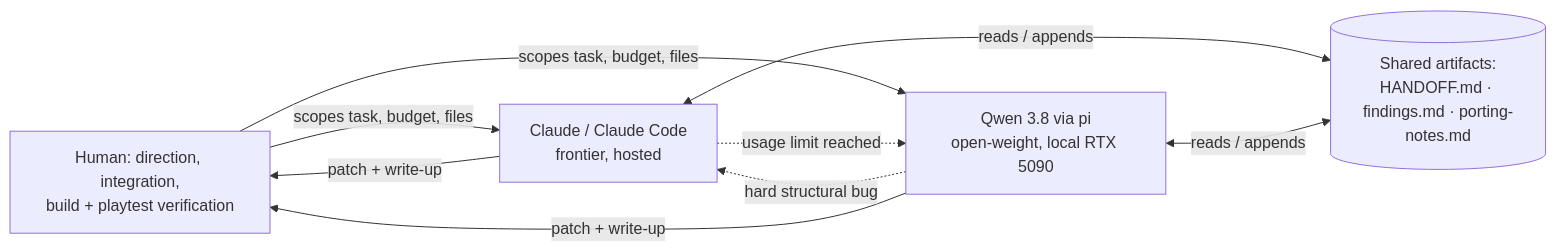
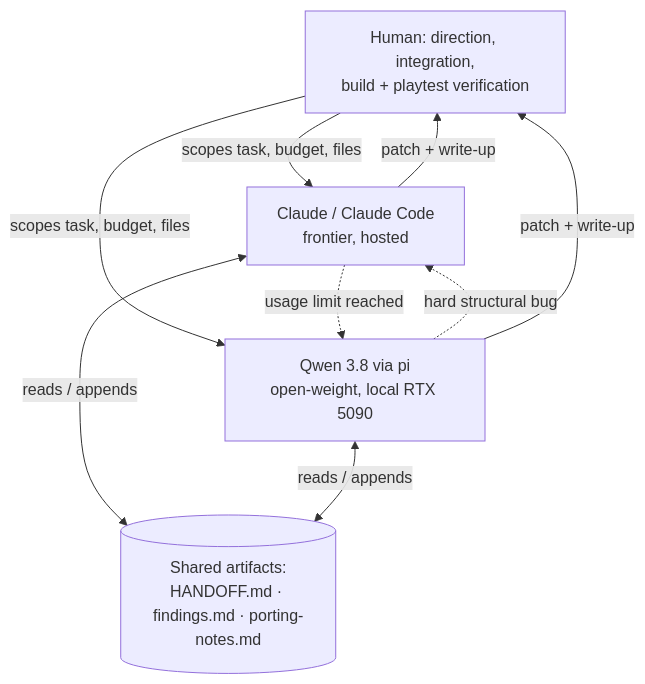
One commit to Sleepsong/goldeneye-pc-port changed the sixth of 6 diagrams in docs/dev/agentic-development.md. Above: the diagram before and after it, drawn with Mermaid.

Commit message:
docs(agentic-development): handoff-workflow flowchart LR -> TD so GitHub doesn't scale the wide diagram down to illegible size

````diff
--- a/docs/dev/agentic-development.md
+++ b/docs/dev/agentic-development.md
@@ -207,16 +207,16 @@
 ```mermaid
-flowchart LR
+flowchart TD
     H["Human: direction, integration,<br/>build + playtest verification"]
     C["Claude / Claude Code<br/>frontier, hosted"]
     Q["Qwen 3.8 via pi<br/>open-weight, local RTX 5090"]
     D[(Shared artifacts:<br/>HANDOFF.md · findings.md · porting-notes.md)]
 
     H -->|scopes task, budget, files| C
     H -->|scopes task, budget, files| Q
     C <-->|reads / appends| D
     Q <-->|reads / appends| D
     C -.->|usage limit reached| Q
     Q -.->|hard structural bug| C
     C -->|patch + write-up| H
     Q -->|patch + write-up| H
 ```
````
